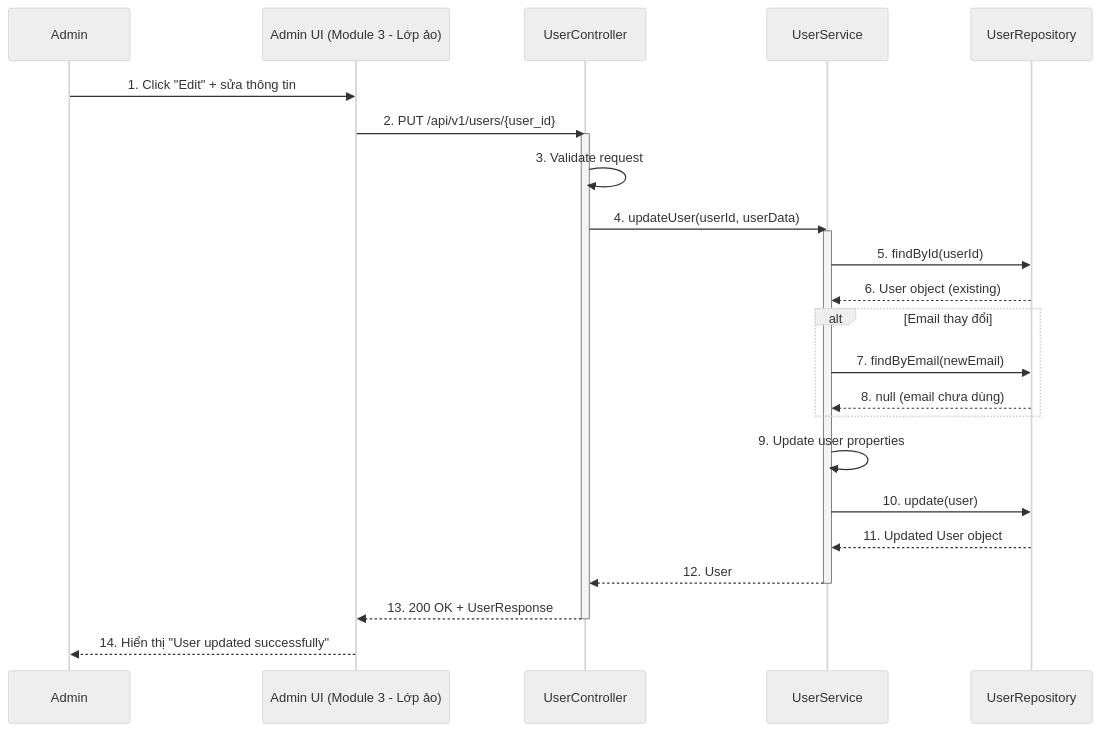
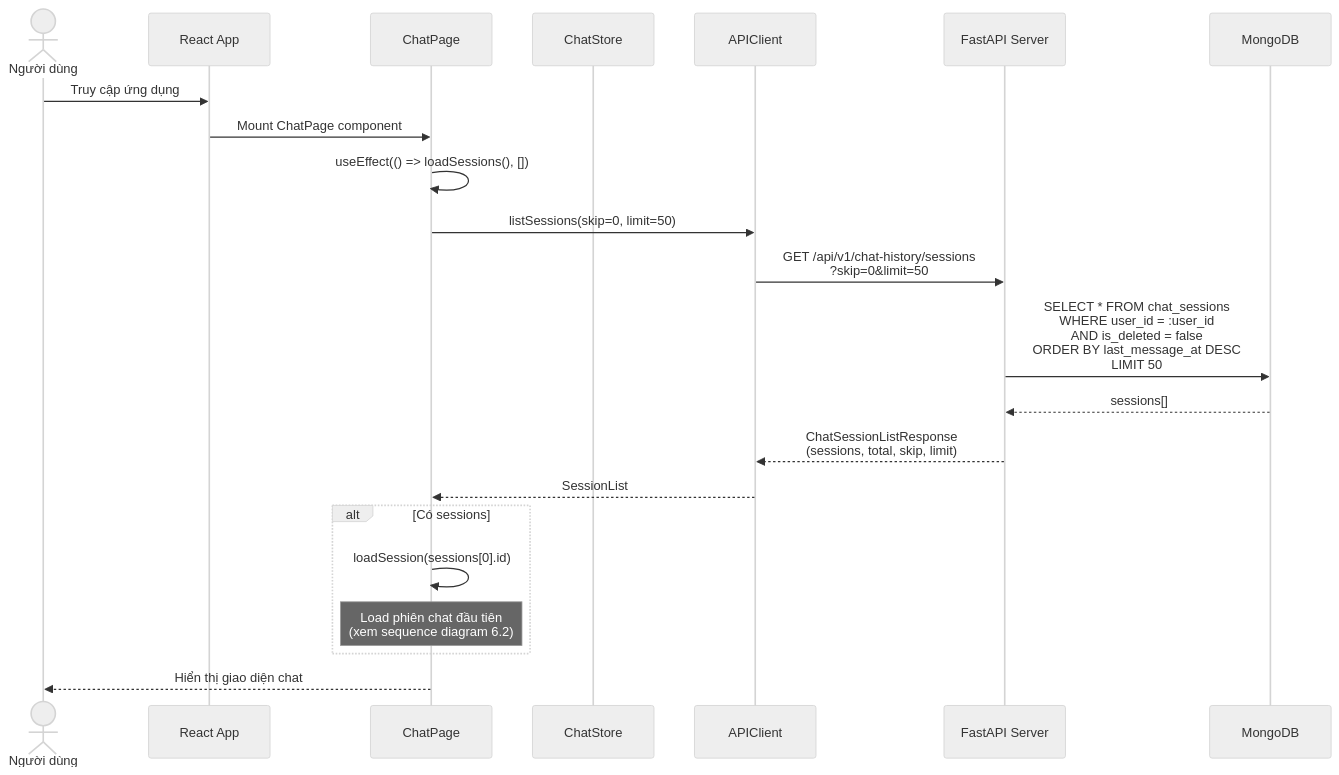
One commit to tvanle/Module2-HTTM changed the eighth of 9 diagrams in README.md. Above: the diagram before and after it, drawn with Mermaid (neutral theme). The commit also changed other lines of this file, not shown here.

````diff
--- a/README.md
+++ b/README.md
@@ -611,36 +770,31 @@
 ```mermaid
 sequenceDiagram
-    participant Admin as Admin
-    participant AdminUI as Admin UI (Module 3 - Lớp ảo)
-    participant Ctrl as UserController
-    participant Svc as UserService
-    participant Repo as UserRepository
+    actor User as Người dùng
+    participant App as React App
+    participant UI as ChatPage
+    participant Store as ChatStore
+    participant API as APIClient
+    participant Backend as FastAPI Server
+    participant DB as MongoDB
 
-    Admin->>AdminUI: 1. Click "Edit" + sửa thông tin
-    AdminUI->>Ctrl: 2. PUT /api/v1/users/{user_id}
-    activate Ctrl
+    User->>App: Truy cập ứng dụng
+    App->>UI: Mount ChatPage component
 
-    Ctrl->>Ctrl: 3. Validate request
-    Ctrl->>Svc: 4. updateUser(userId, userData)
-    activate Svc
+    UI->>UI: useEffect(() => loadSessions(), [])
 
-    Svc->>Repo: 5. findById(userId)
-    Repo-->>Svc: 6. User object (existing)
+    UI->>API: listSessions(skip=0, limit=50)
+    API->>Backend: GET /api/v1/chat-history/sessions<br/>?skip=0&limit=50
 
-    alt Email thay đổi
-        Svc->>Repo: 7. findByEmail(newEmail)
-        Repo-->>Svc: 8. null (email chưa dùng)
+    Backend->>DB: SELECT * FROM chat_sessions<br/>WHERE user_id = :user_id<br/>AND is_deleted = false<br/>ORDER BY last_message_at DESC<br/>LIMIT 50
+    DB-->>Backend: sessions[]
+
+    Backend-->>API: ChatSessionListResponse<br/>(sessions, total, skip, limit)
+    API-->>UI: SessionList
+
+    alt Có sessions
+        UI->>UI: loadSession(sessions[0].id)
+        Note over UI: Load phiên chat đầu tiên<br/>(xem sequence diagram 6.2)
     end
 
-    Svc->>Svc: 9. Update user properties
-    Svc->>Repo: 10. update(user)
-    Repo-->>Svc: 11. Updated User object
-
-    Svc-->>Ctrl: 12. User
-    deactivate Svc
-
-    Ctrl-->>AdminUI: 13. 200 OK + UserResponse
-    deactivate Ctrl
-
-    AdminUI-->>Admin: 14. Hiển thị "User updated successfully"
+    UI-->>User: Hiển thị giao diện chat
 ```
````
